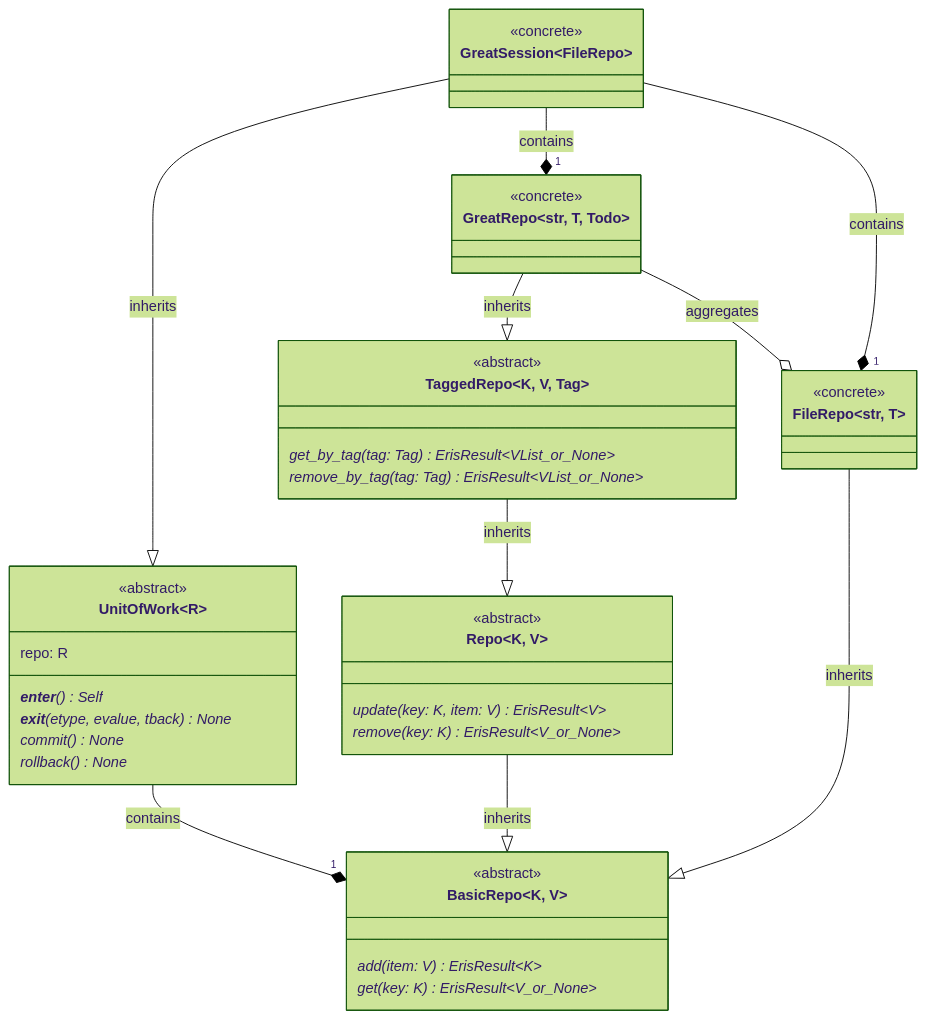
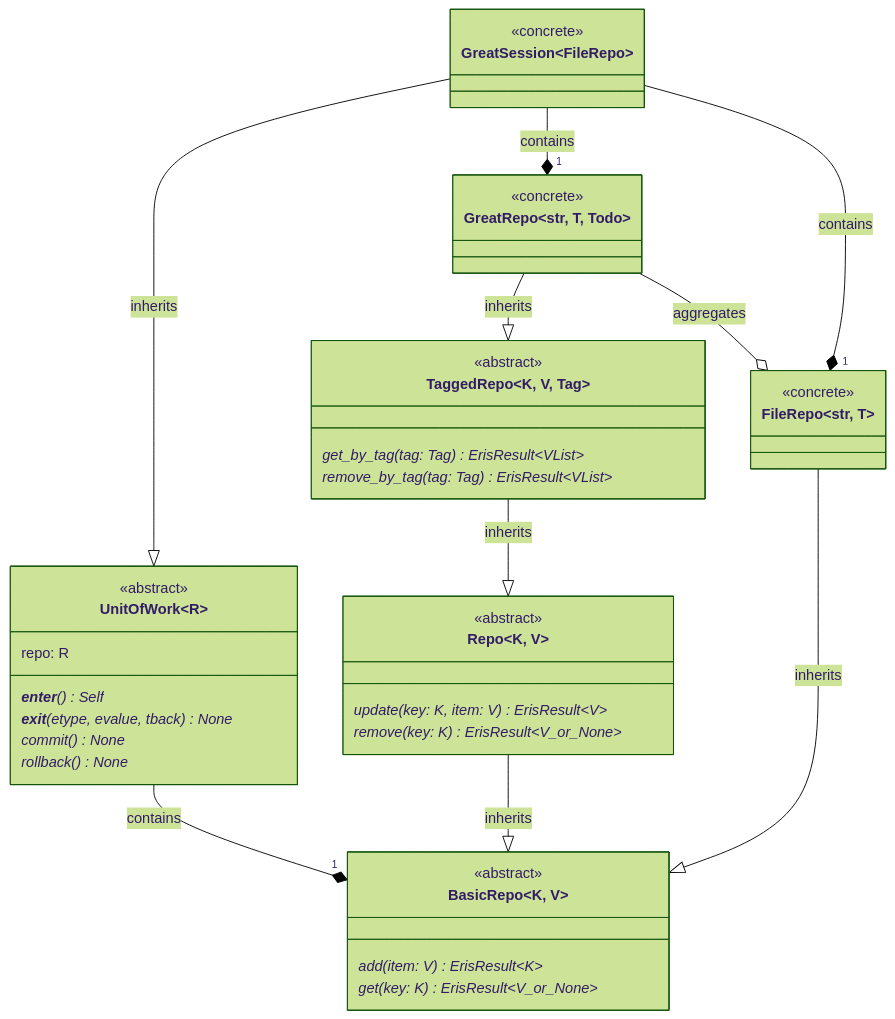
One commit to bbugyi200/greatday changed the fourth of 4 diagrams in docs/design/design.template.md. Above: the diagram before and after it, drawn with Mermaid (forest theme). The commit also changed other lines of this file and 6 other files, not shown here.

Commit message:
Update diagrams

````diff
--- a/docs/design/design.template.md
+++ b/docs/design/design.template.md
@@ -157,56 +157,56 @@
 ```mermaid
 classDiagram
     class BasicRepo~K, V~ {
         <<abstract>>
 
         add(item: V)* ErisResult~K~
         get(key: K)* ErisResult~V_or_None~
     }
 
     class Repo~K, V~ {
         <<abstract>>
 
         update(key: K, item: V)* ErisResult~V~
         remove(key: K)* ErisResult~V_or_None~
     }
 
     class TaggedRepo~K, V, Tag~ {
         <<abstract>>
 
-        get_by_tag(tag: Tag)* ErisResult~VList_or_None~
-        remove_by_tag(tag: Tag)* ErisResult~VList_or_None~
+        get_by_tag(tag: Tag)* ErisResult~VList~
+        remove_by_tag(tag: Tag)* ErisResult~VList~
     }
 
     class GreatRepo~str, T, Todo~ {
         <<concrete>>
     }
 
     class FileRepo~str, T~ {
         <<concrete>>
     }
 
     class UnitOfWork~R~ {
         <<abstract>>
 
         repo: R
 
         __enter__()* Self
         __exit__(etype, evalue, tback)* None
         commit()* None
         rollback()* None
     }
 
     class GreatSession~FileRepo~ {
         <<concrete>>
     }
 
     Repo --|> BasicRepo: inherits
     TaggedRepo --|> Repo: inherits
     UnitOfWork --* "1" BasicRepo: contains
     GreatRepo --|> TaggedRepo: inherits
     GreatRepo --o FileRepo: aggregates
     FileRepo --|> BasicRepo: inherits
     GreatSession --|> UnitOfWork: inherits
     GreatSession --* "1" GreatRepo: contains
     GreatSession --* "1" FileRepo: contains
 ```
````
